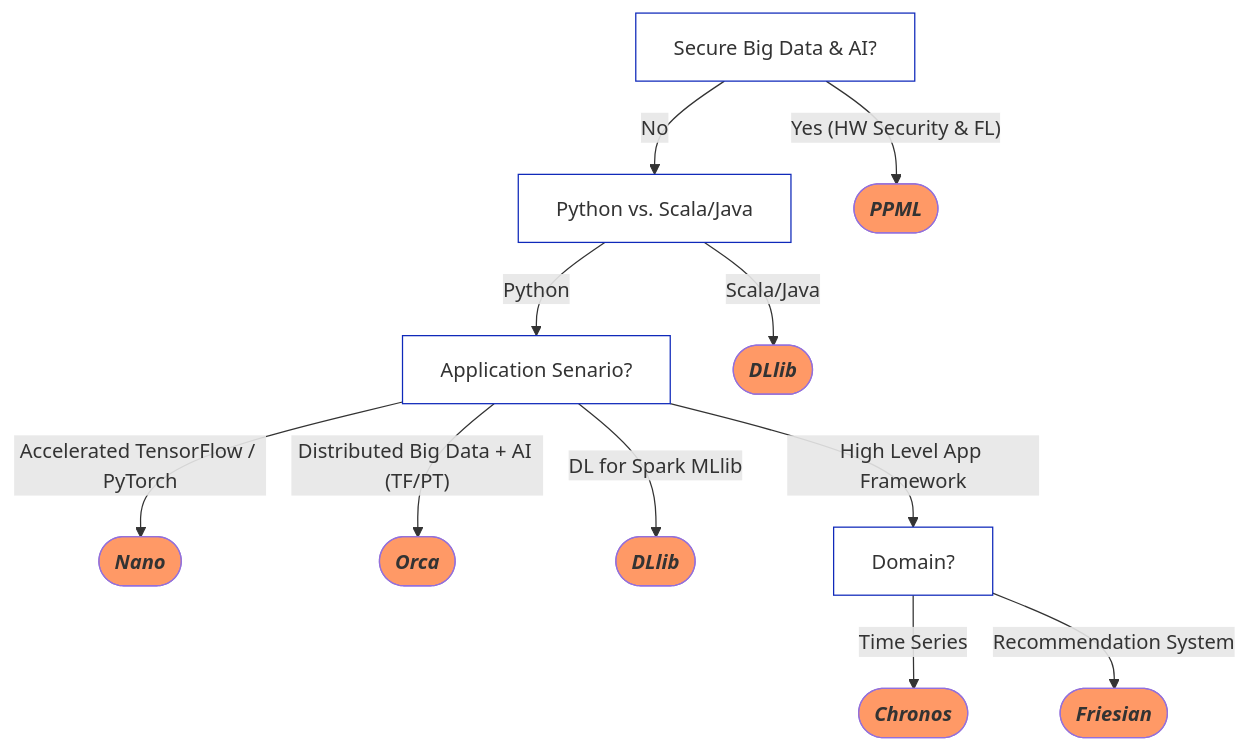
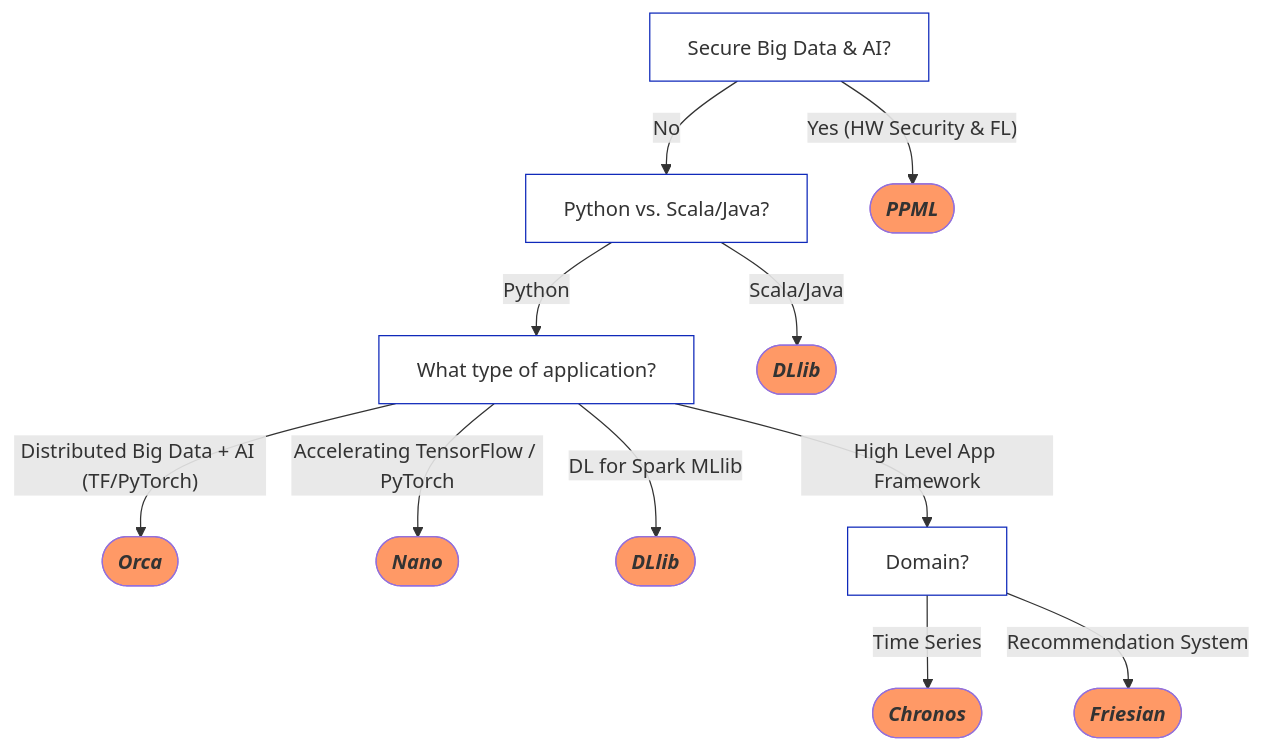
One commit to intel-analytics/ipex-llm changed the diagram in README.md. Above: the diagram before and after it, drawn with Mermaid.

````diff
--- a/README.md
+++ b/README.md
@@ -30,28 +30,28 @@
 ```mermaid
 flowchart TD;
     Feature1[Secure Big Data & AI?];
-    Feature1-- No -->Feature2[Python vs. Scala/Java];
+    Feature1-- No -->Feature2[Python vs. Scala/Java?];
     Feature1-- "Yes (HW Security & FL)"  -->ReferPPML([<em><strong>PPML</strong></em>]);
-    Feature2-- Python -->Feature3[Application Senario?];
+    Feature2-- Python -->Feature3[What type of application?];
     Feature2-- Scala/Java -->ReferDLlib([<em><strong>DLlib</strong></em>]);
-    Feature3-- Accelerated TensorFlow / PyTorch -->ReferNano([<em><strong>Nano</strong></em>]);
-    Feature3-- "Distributed Big Data + AI (TF/PT)" -->ReferOrca([<em><strong>Orca</strong></em>]);
+    Feature3-- "Distributed Big Data + AI (TF/PyTorch)" -->ReferOrca([<em><strong>Orca</strong></em>]);
+    Feature3-- Accelerating TensorFlow / PyTorch -->ReferNano([<em><strong>Nano</strong></em>]);
     Feature3-- DL for Spark MLlib -->ReferDLlib2([<em><strong>DLlib</strong></em>]);
     Feature3-- High Level App Framework -->Feature4[Domain?];
     Feature4-- Time Series -->ReferChronos([<em><strong>Chronos</strong></em>]);
     Feature4-- Recommendation System -->ReferFriesian([<em><strong>Friesian</strong></em>]);
     
     click ReferNano "https://bigdl.readthedocs.io/en/latest/doc/Nano/Overview/nano.html" "Refer to Nano" _parent
     click ReferOrca "https://bigdl.readthedocs.io/en/latest/doc/Orca/Overview/orca.html"
     click ReferDLlib "https://bigdl.readthedocs.io/en/latest/doc/DLlib/Overview/dllib.html"
     click ReferDLlib2 "https://bigdl.readthedocs.io/en/latest/doc/DLlib/Overview/dllib.html"
     click ReferChronos "https://bigdl.readthedocs.io/en/latest/doc/Chronos/Overview/chronos.html"
     click ReferFriesian "https://bigdl.readthedocs.io/en/latest/doc/Chronos/Overview/chronos.html"
     click ReferPPML "https://bigdl.readthedocs.io/en/latest/doc/PPML/Overview/ppml.html"
     
     classDef ReferStyle1 fill:#f96;
     classDef Feature fill:#FFF,stroke:#0f29ba,stroke-width:1px;
     class ReferNano,ReferOrca,ReferDLlib,ReferDLlib2,ReferChronos,ReferFriesian,ReferPPML ReferStyle1;
     class Feature1,Feature2,Feature3,Feature4,Feature5,Feature6,Feature7 Feature;
     
 ```
````
